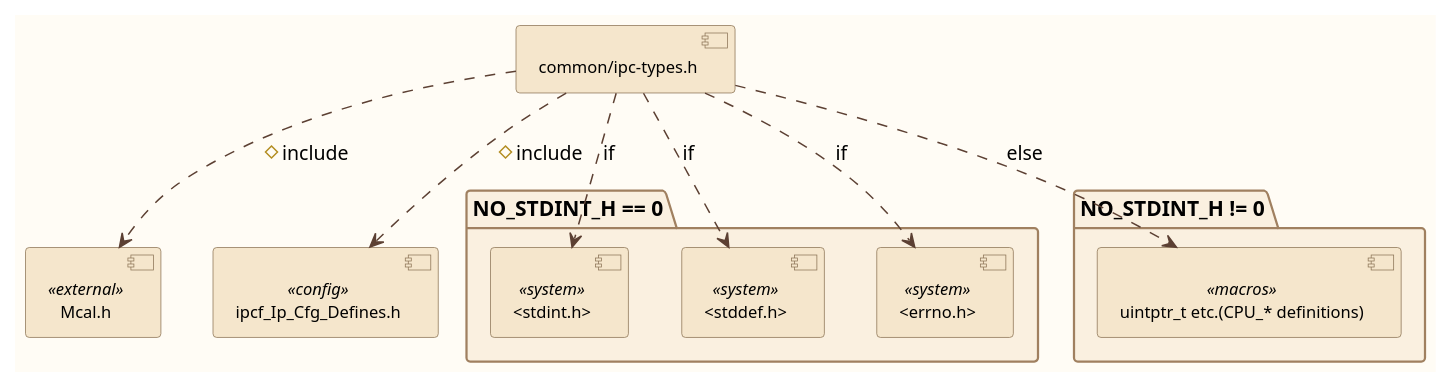
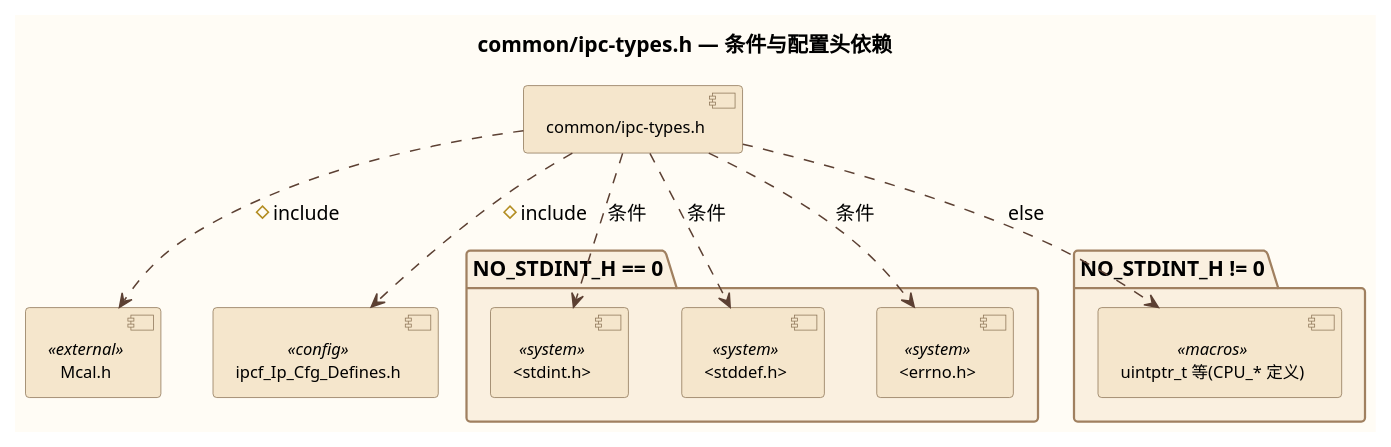
The diagram in c1_sdd_linux-ipcs/cursor_tmp/files_32_umls/3_2_6.puml (Mastang1/sad_sdd_proj), drawn with PlantUML before and after one commit. The commit also changed 208 other files, not shown here.

```diff
--- a/c1_sdd_linux-ipcs/cursor_tmp/files_32_umls/3_2_6.puml
+++ b/c1_sdd_linux-ipcs/cursor_tmp/files_32_umls/3_2_6.puml
@@ -1,35 +1,36 @@
 @startuml
 skinparam backgroundColor #FFFCF5
 skinparam component {
   BackgroundColor #F5E6CC
   BorderColor #8B7355
   FontSize 11
 }
 skinparam package {
   BackgroundColor #FAF0E0
   BorderColor #A08060
 }
 skinparam arrowColor #5C4033
 skinparam note {
   BackgroundColor #FFF8E8
   BorderColor #B89968
 }
+title common/ipc-types.h — 条件与配置头依赖
 component [common/ipc-types.h] as R
 package "NO_STDINT_H == 0" {
   component [<stdint.h>] as U1 <<system>>
   component [<stddef.h>] as U2 <<system>>
   component [<errno.h>] as U3 <<system>>
 }
 package "NO_STDINT_H != 0" {
-  component [uintptr_t etc.\
-(CPU_* definitions)] as CPU <<macros>>
+  component [uintptr_t 等\
+(CPU_* 定义)] as CPU <<macros>>
 }
 component [Mcal.h] as M <<external>>
 component [ipcf_Ip_Cfg_Defines.h] as D <<config>>
 R ..> M : #include
 R ..> D : #include
-R ..> U1 : if
-R ..> U2 : if
-R ..> U3 : if
+R ..> U1 : 条件
+R ..> U2 : 条件
+R ..> U3 : 条件
 R ..> CPU : else
 @enduml
```
